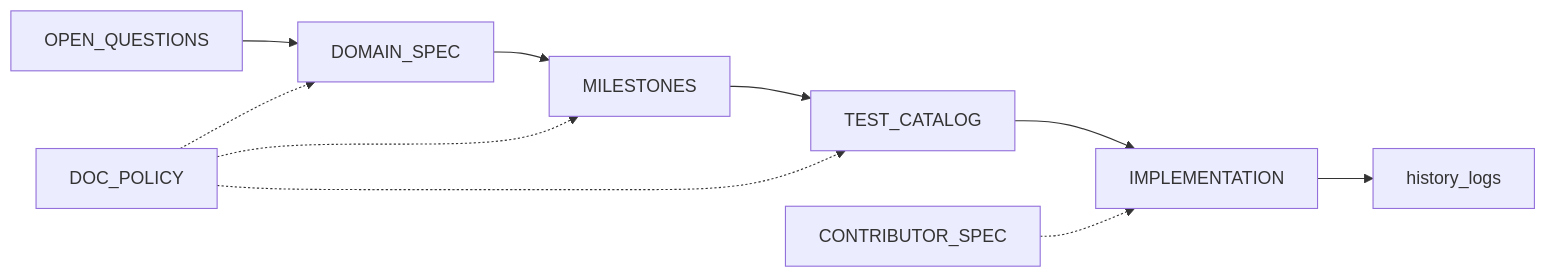
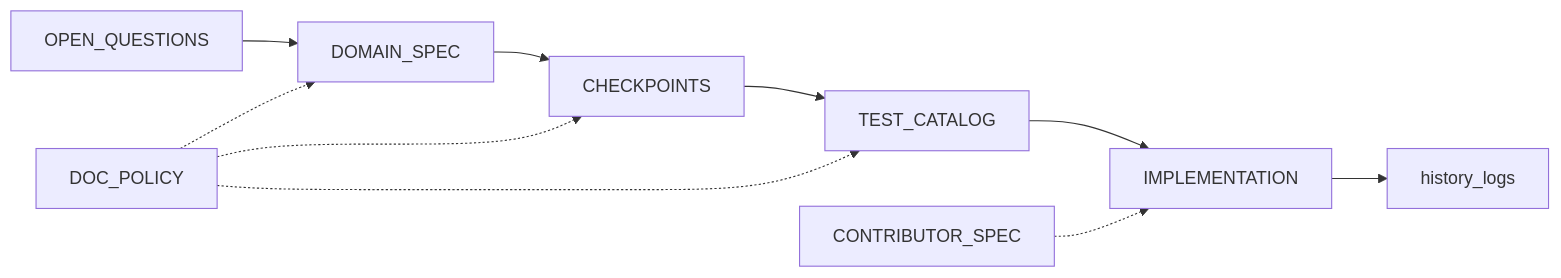
Before and after one commit to Unka-Malloc/styio: the diagram in styio/templates/universal-design-dev-workflow/en/WORKFLOW-MAP.md, drawn with Mermaid. The commit also changed other lines of this file and 2960 other files, not shown here.

````diff
--- a/styio/templates/universal-design-dev-workflow/en/WORKFLOW-MAP.md
+++ b/styio/templates/universal-design-dev-workflow/en/WORKFLOW-MAP.md
@@ -21,12 +21,12 @@
 ```mermaid
 flowchart LR
   OQ[OPEN_QUESTIONS] --> DS[DOMAIN_SPEC]
-  DS --> MS[MILESTONES]
+  DS --> MS[CHECKPOINTS]
   MS --> TC[TEST_CATALOG]
   TC --> IMPL[IMPLEMENTATION]
   IMPL --> H[history_logs]
   DP[DOC_POLICY] -.-> DS
   DP -.-> MS
   DP -.-> TC
   CAS[CONTRIBUTOR_SPEC] -.-> IMPL
 ```
````
